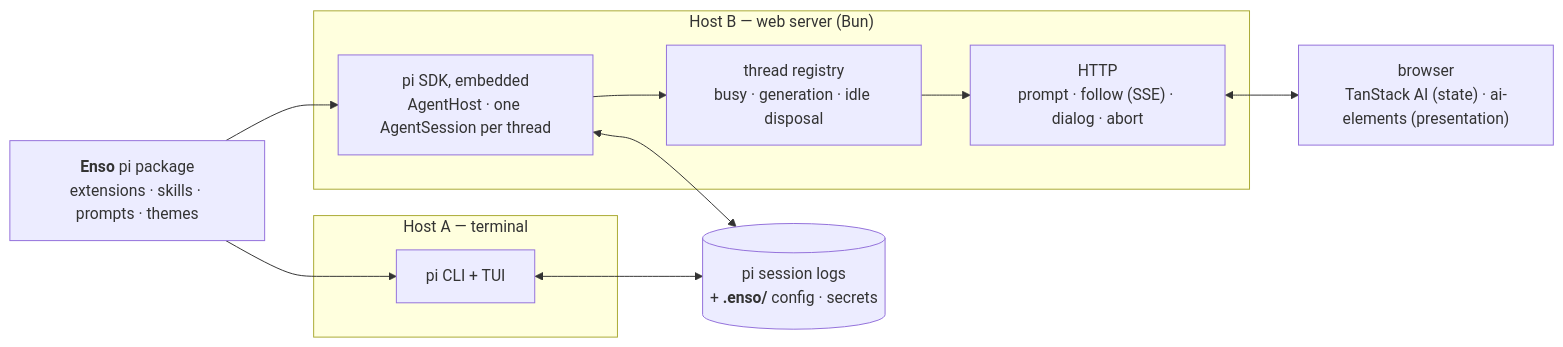
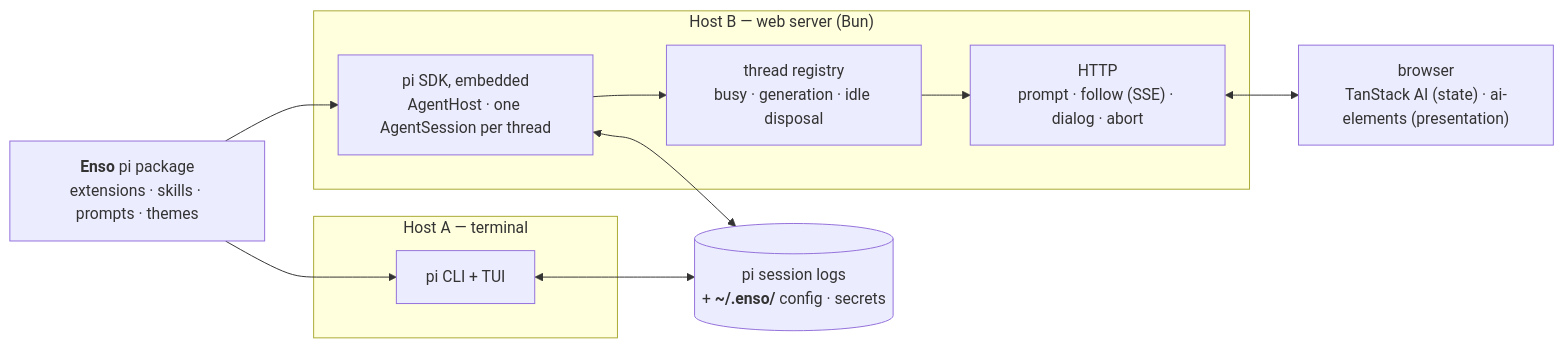
Before and after one commit to dopamine911/enso-harness: the first of 6 diagrams in docs/architecture.md, drawn with Mermaid. The commit also changed other lines of this file and 34 other files, not shown here.

````diff
--- a/docs/architecture.md
+++ b/docs/architecture.md
@@ -38,23 +38,23 @@
 ```mermaid
 graph LR
   subgraph termhost["Host A — terminal"]
     PITUI["pi CLI + TUI"]
   end
 
   subgraph webhost["Host B — web server (Bun)"]
     SDK["pi SDK, embedded<br/>AgentHost · one AgentSession per thread"]
     REG["thread registry<br/>busy · generation · idle disposal"]
     HTTP["HTTP<br/>prompt · follow (SSE) · dialog · abort"]
   end
 
   PKG["<b>Enso</b> pi package<br/>extensions · skills · prompts · themes"]
-  STATE[("pi session logs<br/>+ <b>.enso/</b> config · secrets")]
+  STATE[("pi session logs<br/>+ <b>~/.enso/</b> config · secrets")]
   BROWSER["browser<br/>TanStack AI (state) · ai-elements (presentation)"]
 
   PKG --> PITUI
   PKG --> SDK
   PITUI <--> STATE
   SDK <--> STATE
   SDK --> REG --> HTTP
   HTTP <--> BROWSER
 ```
````
